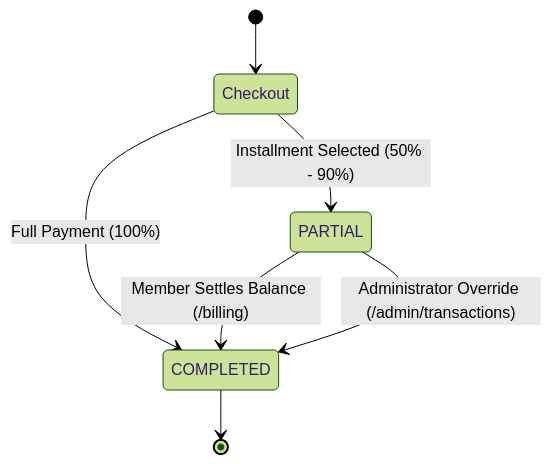
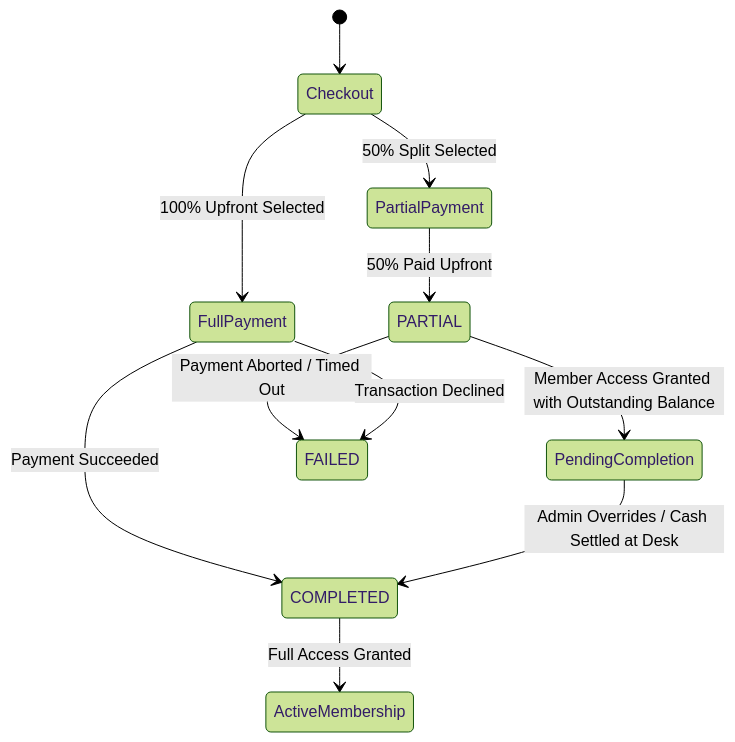
The second of 2 diagrams in README.md (Rishikeshnambiar/Fitness-subscription-system), drawn with Mermaid (forest theme) before and after one commit. The commit also changed other lines of this file and 1 other file, not shown here.

Commit message:
docs(architecture): update comprehensive system architecture and snapshot strategy

````diff
--- a/README.md
+++ b/README.md
@@ -109,9 +130,16 @@
 ```mermaid
 stateDiagram-v2
     [*] --> Checkout
-    Checkout --> COMPLETED: Full Payment (100%)
-    Checkout --> PARTIAL: Installment Selected (50% - 90%)
-    PARTIAL --> COMPLETED: Member Settles Balance (/billing)
-    PARTIAL --> COMPLETED: Administrator Override (/admin/transactions)
-    COMPLETED --> [*]
+    Checkout --> FullPayment: 100% Upfront Selected
+    Checkout --> PartialPayment: 50% Split Selected
+
+    FullPayment --> COMPLETED: Payment Succeeded
+    PartialPayment --> PARTIAL: 50% Paid Upfront
+
+    COMPLETED --> ActiveMembership: Full Access Granted
+    PARTIAL --> PendingCompletion: Member Access Granted with Outstanding Balance
+
+    PendingCompletion --> COMPLETED: Admin Overrides / Cash Settled at Desk
+    PARTIAL --> FAILED: Payment Aborted / Timed Out
+    FullPayment --> FAILED: Transaction Declined
 ```
````
